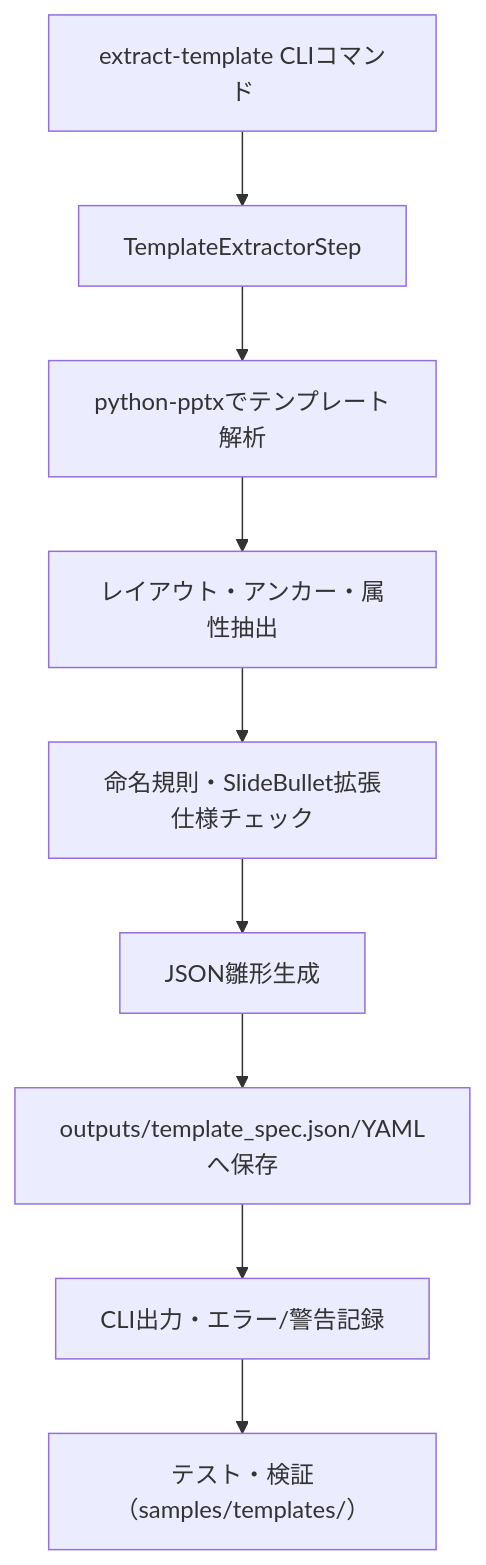
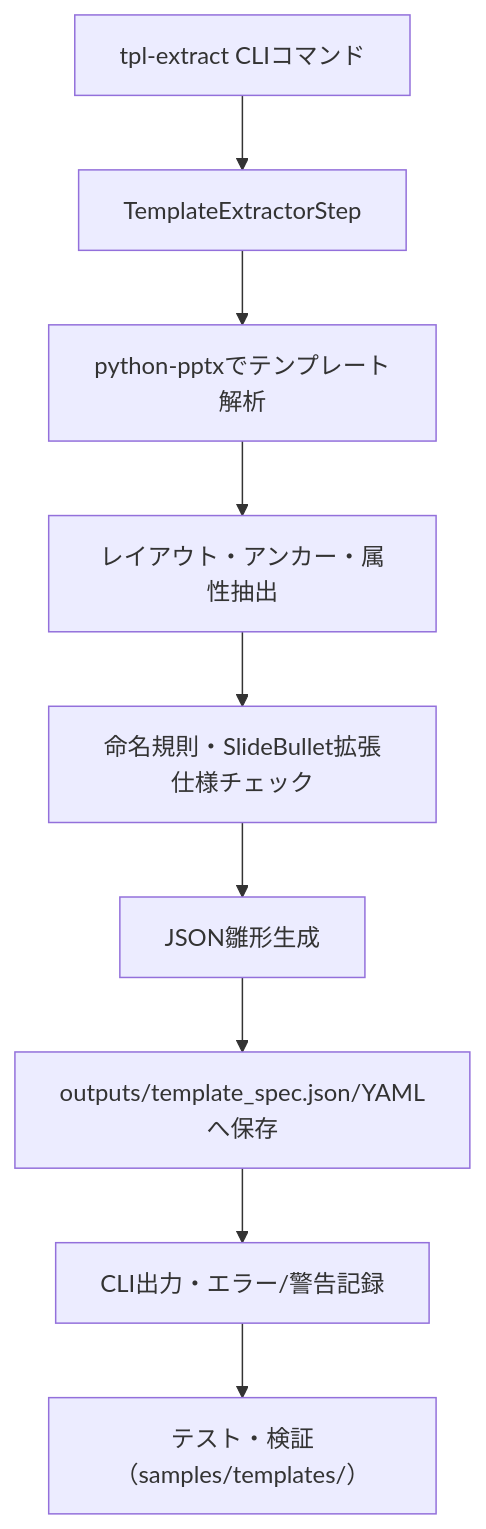
One commit to yurake/pptx_generator changed the diagram in docs/todo/archive/20251009-template-spec-export.md. Above: the diagram before and after it, drawn with Mermaid. The commit also changed other lines of this file and 19 other files, not shown here.

````diff
--- a/docs/todo/archive/20251009-template-spec-export.md
+++ b/docs/todo/archive/20251009-template-spec-export.md
@@ -73,11 +73,11 @@
 ```mermaid
 flowchart TD
-    A[extract-template CLIコマンド] --> B[TemplateExtractorStep]
+    A[tpl-extract CLIコマンド] --> B[TemplateExtractorStep]
     B --> C[python-pptxでテンプレート解析]
     C --> D[レイアウト・アンカー・属性抽出]
     D --> E[命名規則・SlideBullet拡張仕様チェック]
     E --> F[JSON雛形生成]
     F --> G[outputs/template_spec.json/YAMLへ保存]
     G --> H[CLI出力・エラー/警告記録]
     H --> I[テスト・検証（samples/templates/）]
 ```
````
